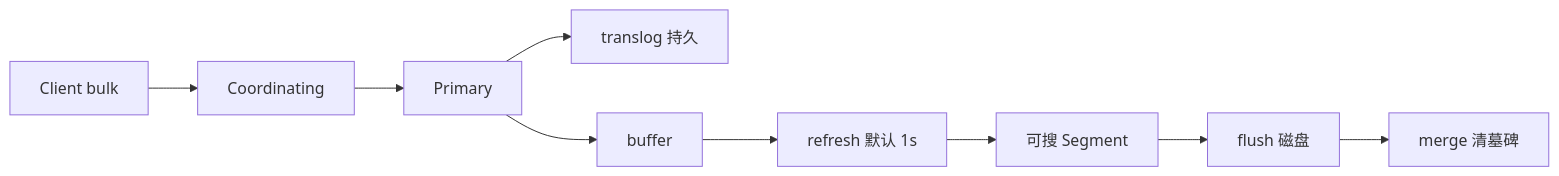
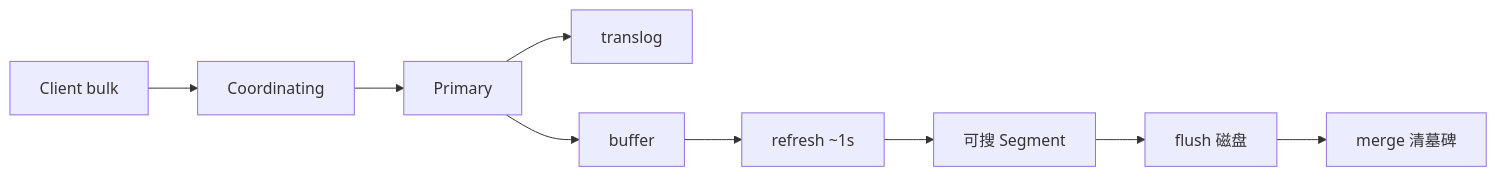
Before and after one commit to ml-cuizijun/LearnToLilith: the third of 6 diagrams in 02-中间件与数据库/04-Elasticsearch/知识点.md, drawn with Mermaid. The commit also changed other lines of this file and 178 other files, not shown here.

````diff
--- a/02-中间件与数据库/04-Elasticsearch/知识点.md
+++ b/02-中间件与数据库/04-Elasticsearch/知识点.md
@@ -301,14 +187,11 @@
 ```mermaid
 flowchart LR
     A[Client bulk] --> B[Coordinating]
     B --> C[Primary]
-    C --> D[translog 持久]
+    C --> D[translog]
     C --> E[buffer]
-    E --> F["refresh 默认 1s"]
+    E --> F["refresh ~1s"]
     F --> G[可搜 Segment]
     G --> H[flush 磁盘]
     H --> I[merge 清墓碑]
-
-    class A,B a
-    class C,D,G b
 ```
````
